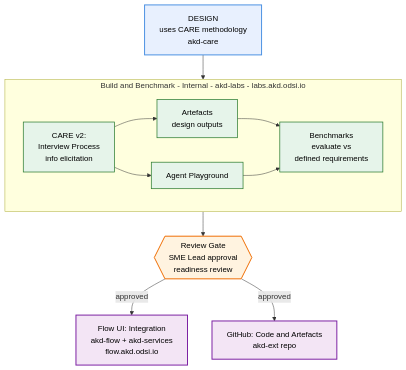
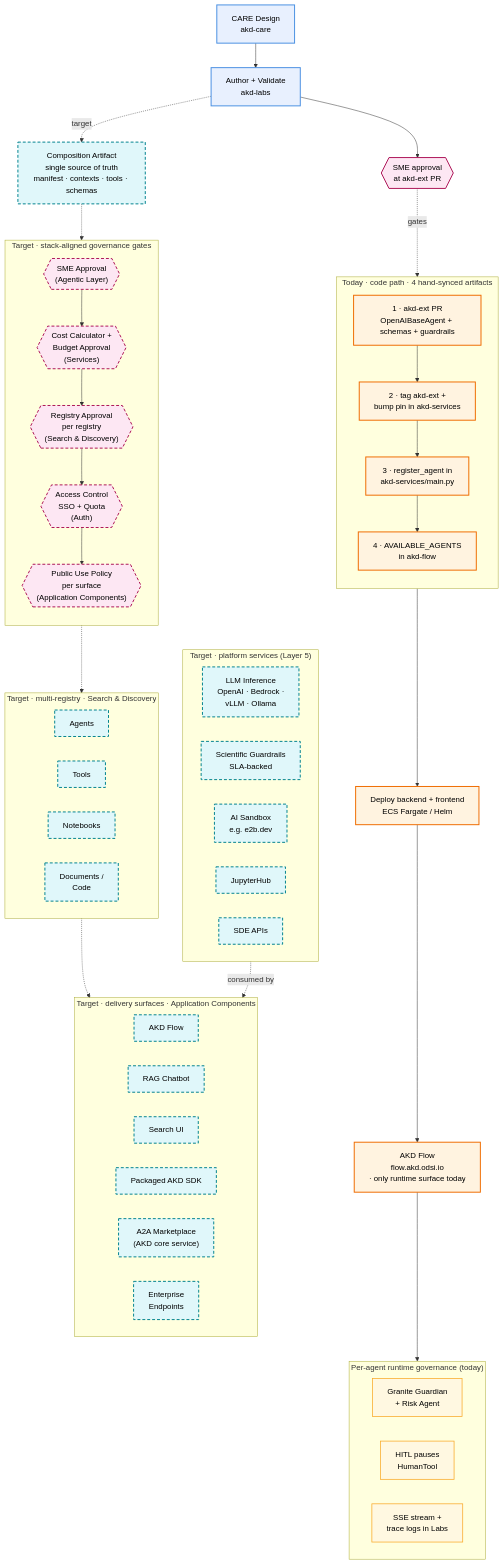
Before and after one commit to NASA-IMPACT/akd-suite: the diagram in README.md, drawn with Mermaid. The commit also changed other lines of this file and 1 other file, not shown here.

````diff
--- a/README.md
+++ b/README.md
@@ -15,32 +39,85 @@
 ```mermaid
 flowchart TD
-    classDef phase   fill:#e8f0fe,stroke:#4a90e2,stroke-width:2px,color:#000
-    classDef labs    fill:#e6f4ea,stroke:#2e7d32,stroke-width:1.5px,color:#000
-    classDef gate    fill:#fff3e0,stroke:#ef6c00,stroke-width:2px,color:#000
-    classDef publish fill:#f3e5f5,stroke:#7b1fa2,stroke-width:2px,color:#000
+    classDef shared     fill:#e8f0fe,stroke:#4a90e2,stroke-width:2px,color:#000
+    classDef today      fill:#fff3e0,stroke:#ef6c00,stroke-width:2px,color:#000
+    classDef todayGate  fill:#fde7f3,stroke:#ad1457,stroke-width:2px,color:#000
+    classDef todayRT    fill:#fff8e1,stroke:#f9a825,stroke-width:1.5px,color:#000
+    classDef target     fill:#e0f7fa,stroke:#00838f,stroke-width:2px,stroke-dasharray:6 4,color:#000
+    classDef targetGate fill:#fde7f3,stroke:#ad1457,stroke-width:2px,stroke-dasharray:6 4,color:#000
 
-    Design["DESIGN<br/>uses CARE methodology<br/>akd-care"]:::phase
+    Design["CARE Design<br/>akd-care"]:::shared
+    Author["Author + Validate<br/>akd-labs"]:::shared
+    Design --> Author
 
-    subgraph BB [Build and Benchmark - Internal - akd-labs - labs.akd.odsi.io]
-        direction LR
-        CARE["CARE v2:<br/>Interview Process<br/>info elicitation"]:::labs
-        Art["Artefacts<br/>design outputs"]:::labs
-        Play["Agent Playground"]:::labs
-        Bench["Benchmarks<br/>evaluate vs<br/>defined requirements"]:::labs
+    %% ===== TODAY (operational) =====
+    SMEgate{{"SME approval<br/>at akd-ext PR"}}:::todayGate
 
-        CARE --> Art
-        CARE --> Play
-        Art --> Bench
-        Play --> Bench
+    subgraph TodayCode ["Today · code path · 4 hand-synced artifacts"]
+        direction TB
+        Ext["1 · akd-ext PR<br/>OpenAIBaseAgent + schemas + guardrails"]:::today
+        Pin["2 · tag akd-ext +<br/>bump pin in akd-services"]:::today
+        Reg["3 · register_agent in<br/>akd-services/main.py"]:::today
+        UI["4 · AVAILABLE_AGENTS<br/>in akd-flow"]:::today
+        Ext --> Pin --> Reg --> UI
     end
 
-    Gate{{"Review Gate<br/>SME Lead approval<br/>readiness review"}}:::gate
+    Deploy["Deploy backend + frontend<br/>ECS Fargate / Helm"]:::today
+    Flow["AKD Flow<br/>flow.akd.odsi.io<br/>· only runtime surface today"]:::today
 
-    Flow["Flow UI: Integration<br/>akd-flow + akd-services<br/>flow.akd.odsi.io"]:::publish
-    GH["GitHub: Code and Artefacts<br/>akd-ext repo"]:::publish
+    subgraph TodayRT ["Per-agent runtime governance (today)"]
+        direction LR
+        GR["Granite Guardian<br/>+ Risk Agent"]:::todayRT
+        HITL["HITL pauses<br/>HumanTool"]:::todayRT
+        Stream["SSE stream +<br/>trace logs in Labs"]:::todayRT
+    end
 
-    Design --> BB
-    BB --> Gate
-    Gate -- approved --> Flow
-    Gate -- approved --> GH
+    Author --> SMEgate
+    SMEgate -.gates.-> Ext
+    UI --> Deploy --> Flow --> TodayRT
+
+    %% ===== TARGET (planned) =====
+    Artifact["Composition Artifact<br/>single source of truth<br/>manifest · contexts · tools · schemas"]:::target
+
+    subgraph Gov ["Target · stack-aligned governance gates"]
+        direction TB
+        G1{{"SME Approval<br/>(Agentic Layer)"}}:::targetGate
+        G2{{"Cost Calculator +<br/>Budget Approval<br/>(Services)"}}:::targetGate
+        G3{{"Registry Approval<br/>per registry<br/>(Search & Discovery)"}}:::targetGate
+        G4{{"Access Control<br/>SSO + Quota<br/>(Auth)"}}:::targetGate
+        G5{{"Public Use Policy<br/>per surface<br/>(Application Components)"}}:::targetGate
+        G1 --> G2 --> G3 --> G4 --> G5
+    end
+
+    subgraph TargetReg ["Target · multi-registry · Search & Discovery"]
+        direction LR
+        R1["Agents"]:::target
+        R2["Tools"]:::target
+        R3["Notebooks"]:::target
+        R4["Documents /<br/>Code"]:::target
+    end
+
+    subgraph Plat ["Target · platform services (Layer 5)"]
+        direction LR
+        P1["LLM Inference<br/>OpenAI · Bedrock ·<br/>vLLM · Ollama"]:::target
+        P2["Scientific Guardrails<br/>SLA-backed"]:::target
+        P3["AI Sandbox<br/>e.g. e2b.dev"]:::target
+        P4["JupyterHub"]:::target
+        P5["SDE APIs"]:::target
+    end
+
+    subgraph Deliv ["Target · delivery surfaces · Application Components"]
+        direction LR
+        D1["AKD Flow"]:::target
+        D2["RAG Chatbot"]:::target
+        D3["Search UI"]:::target
+        D4["Packaged AKD SDK"]:::target
+        D5["A2A Marketplace<br/>(AKD core service)"]:::target
+        D6["Enterprise<br/>Endpoints"]:::target
+    end
+
+    Author -.target.-> Artifact
+    Artifact -.-> Gov
+    Gov -.-> TargetReg
+    TargetReg -.-> Deliv
+    Plat -.consumed by.-> Deliv
 ```
````
